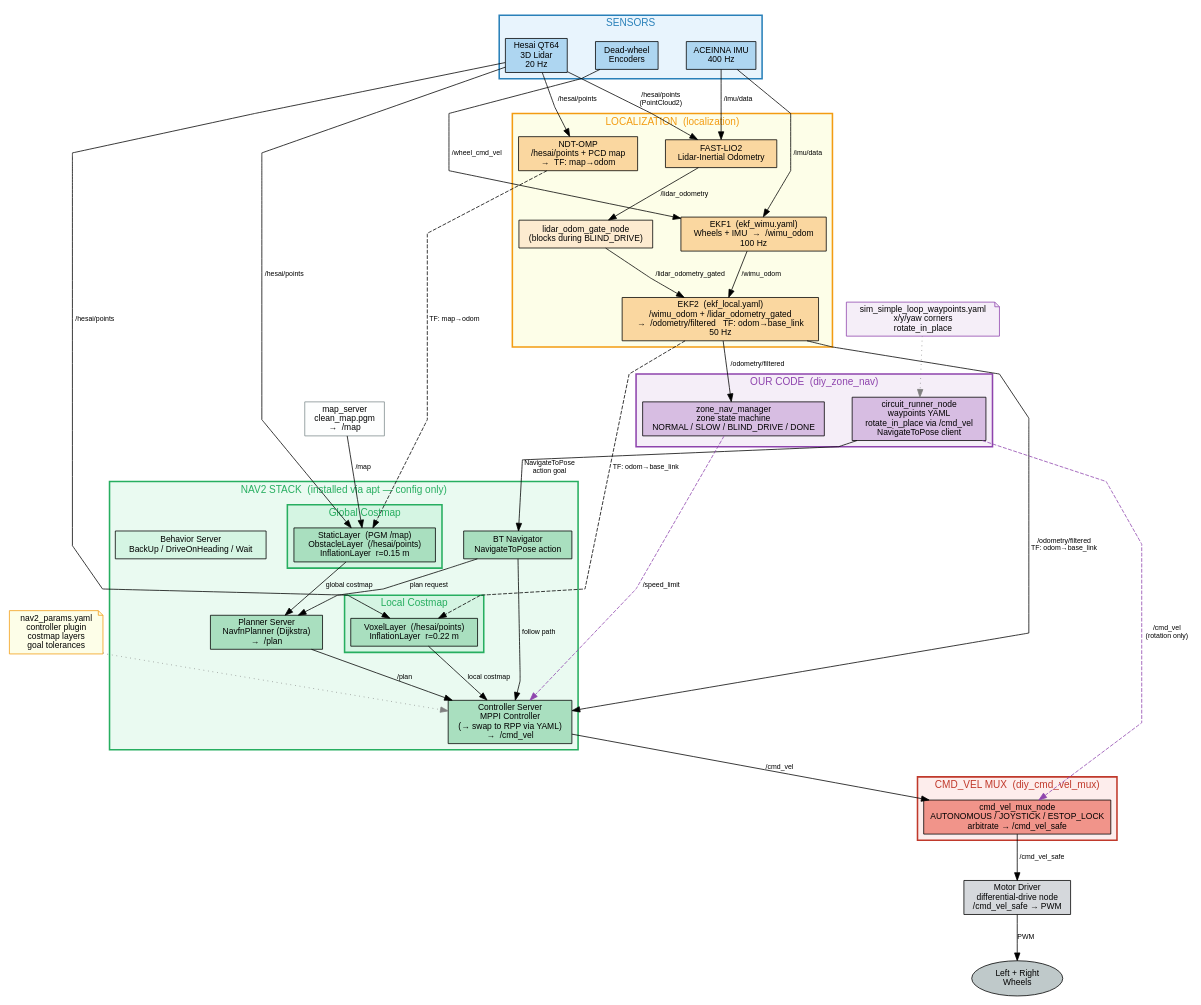
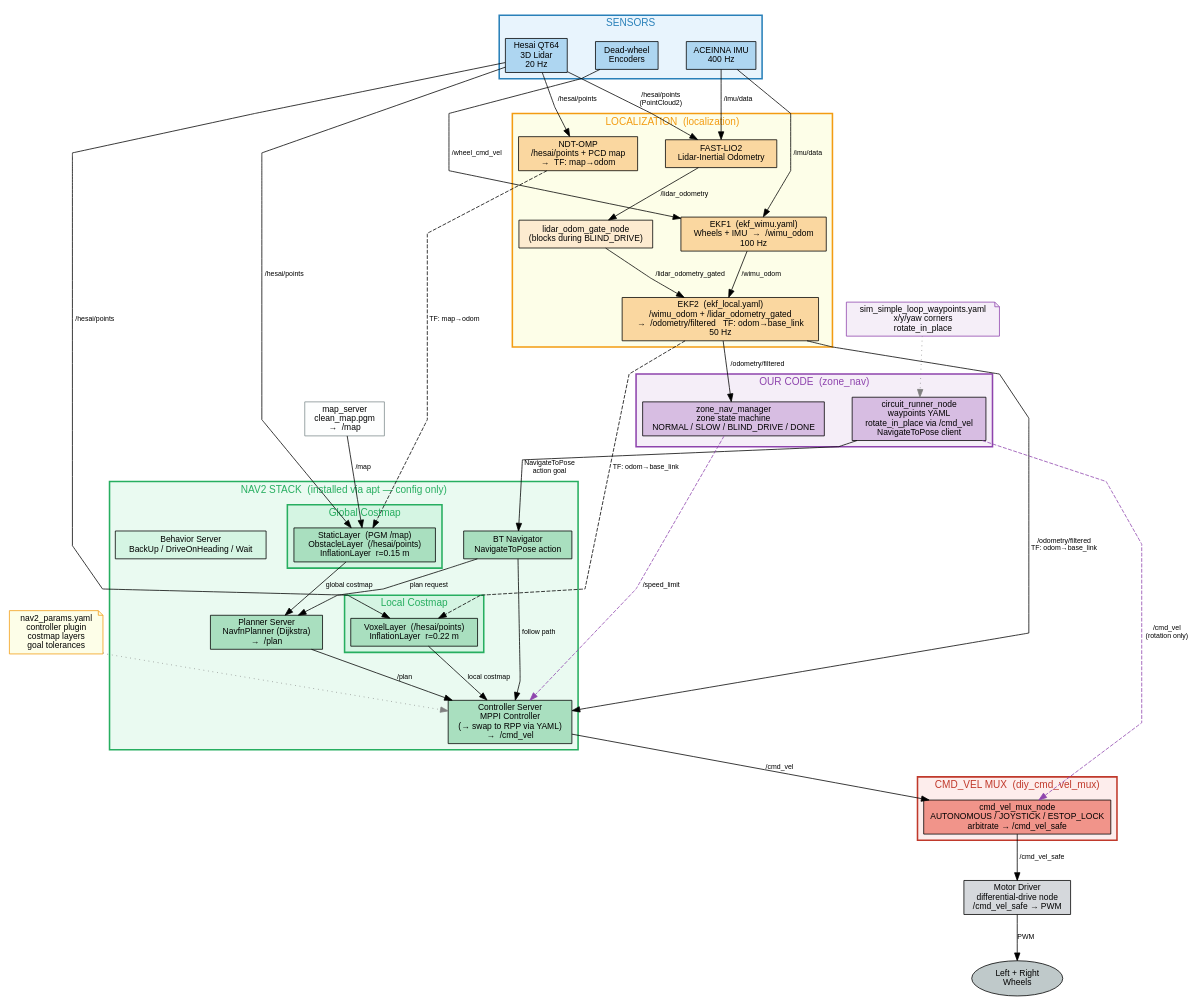
The diagram in docs/system_workflow.dot (Betsybots/DIY-Challenge-Repo), drawn with Graphviz before and after one commit. The commit also changed 54 other files, not shown here.

```diff
--- a/docs/system_workflow.dot
+++ b/docs/system_workflow.dot
@@ -1,140 +1,140 @@
 digraph DIYRobot {
     rankdir=TB
     compound=true
     splines=polyline
     nodesep=0.5
     ranksep=0.7
     fontname="Helvetica"
     node [fontname="Helvetica" fontsize=11]
     edge [fontname="Helvetica" fontsize=9]
 
     // ── SENSORS ─────────────────────────────────────────────────────────────
     subgraph cluster_sensors {
         label="SENSORS"
         style=filled fillcolor="#E8F4FD" color="#2980B9" penwidth=2
         fontsize=13 fontcolor="#2980B9"
 
         hesai   [label="Hesai QT64\n3D Lidar\n20 Hz"      shape=box style=filled fillcolor="#AED6F1"]
         imu     [label="ACEINNA IMU\n400 Hz"               shape=box style=filled fillcolor="#AED6F1"]
         wheels  [label="Dead-wheel\nEncoders"              shape=box style=filled fillcolor="#AED6F1"]
     }
 
     // ── LOCALIZATION ─────────────────────────────────────────────────────────
     subgraph cluster_loc {
         label="LOCALIZATION  (localization)"
         style=filled fillcolor="#FDFEE8" color="#F39C12" penwidth=2
         fontsize=13 fontcolor="#F39C12"
 
         fastlio [label="FAST-LIO2\nLidar-Inertial Odometry"  shape=box style=filled fillcolor="#FAD7A0"]
         ekf1    [label="EKF1  (ekf_wimu.yaml)\nWheels + IMU  →  /wimu_odom\n100 Hz"      shape=box style=filled fillcolor="#FAD7A0"]
         ekf2    [label="EKF2  (ekf_local.yaml)\n/wimu_odom + /lidar_odometry_gated\n→  /odometry/filtered   TF: odom→base_link\n50 Hz" shape=box style=filled fillcolor="#FAD7A0"]
         ndt     [label="NDT-OMP\n/hesai/points + PCD map\n→  TF: map→odom"               shape=box style=filled fillcolor="#FAD7A0"]
         gate    [label="lidar_odom_gate_node\n(blocks during BLIND_DRIVE)"                shape=box style=filled fillcolor="#FDEBD0"]
     }
 
     // ── NAV2 ─────────────────────────────────────────────────────────────────
     subgraph cluster_nav2 {
         label="NAV2 STACK  (installed via apt — config only)"
         style=filled fillcolor="#EAFAF1" color="#27AE60" penwidth=2
         fontsize=13 fontcolor="#27AE60"
 
         subgraph cluster_gcm {
             label="Global Costmap"
             style=filled fillcolor="#D5F5E3" color="#27AE60"
             gcm [label="StaticLayer  (PGM /map)\nObstacleLayer  (/hesai/points)\nInflationLayer  r=0.15 m" shape=box style=filled fillcolor="#A9DFBF"]
         }
         subgraph cluster_lcm {
             label="Local Costmap"
             style=filled fillcolor="#D5F5E3" color="#27AE60"
             lcm [label="VoxelLayer  (/hesai/points)\nInflationLayer  r=0.22 m" shape=box style=filled fillcolor="#A9DFBF"]
         }
 
         planner    [label="Planner Server\nNavfnPlanner (Dijkstra)\n→  /plan"            shape=box style=filled fillcolor="#A9DFBF"]
         controller [label="Controller Server\nMPPI Controller\n(→ swap to RPP via YAML)\n→  /cmd_vel"  shape=box style=filled fillcolor="#A9DFBF"]
         bt         [label="BT Navigator\nNavigateToPose action"                           shape=box style=filled fillcolor="#A9DFBF"]
         behaviors  [label="Behavior Server\nBackUp / DriveOnHeading / Wait"               shape=box style=filled fillcolor="#D5F5E3"]
     }
 
     // ── OUR CODE ─────────────────────────────────────────────────────────────
     subgraph cluster_ours {
-        label="OUR CODE  (diy_zone_nav)"
+        label="OUR CODE  (zone_nav)"
         style=filled fillcolor="#F5EEF8" color="#8E44AD" penwidth=2
         fontsize=13 fontcolor="#8E44AD"
 
         circuit [label="circuit_runner_node\nwaypoints YAML\nrotate_in_place via /cmd_vel\nNavigateToPose client" shape=box style=filled fillcolor="#D7BDE2"]
         zone    [label="zone_nav_manager\nzone state machine\nNORMAL / SLOW / BLIND_DRIVE / DONE"                  shape=box style=filled fillcolor="#D7BDE2"]
     }
 
     // ── CMD_VEL MUX ──────────────────────────────────────────────────────────
     subgraph cluster_mux {
         label="CMD_VEL MUX  (diy_cmd_vel_mux)"
         style=filled fillcolor="#FDEDEC" color="#C0392B" penwidth=2
         fontsize=13 fontcolor="#C0392B"
 
         mux [label="cmd_vel_mux_node\nAUTONOMOUS / JOYSTICK / ESTOP_LOCK\narbitrate → /cmd_vel_safe" shape=box style=filled fillcolor="#F1948A"]
     }
 
     // ── MOTOR DRIVER ─────────────────────────────────────────────────────────
     motor [label="Motor Driver\ndifferential-drive node\n/cmd_vel_safe → PWM"  shape=box style=filled fillcolor="#D5D8DC"]
     wheels_hw [label="Left + Right\nWheels"  shape=ellipse style=filled fillcolor="#BFC9CA"]
 
     // ── MAP SERVER ───────────────────────────────────────────────────────────
     mapserver [label="map_server\nclean_map.pgm\n→  /map"  shape=box style=filled fillcolor="#FDFEFE" color="#7F8C8D"]
 
     // ══ EDGES ════════════════════════════════════════════════════════════════
 
     // Sensor → FAST-LIO2
     hesai -> fastlio [label="/hesai/points\n(PointCloud2)"]
     imu   -> fastlio [label="/imu/data"]
     imu   -> ekf1    [label="/imu/data"]
     wheels -> ekf1   [label="/wheel_cmd_vel"]
 
     // FAST-LIO2 → gate → EKF2
     fastlio -> gate   [label="/lidar_odometry"]
     gate    -> ekf2   [label="/lidar_odometry_gated"]
     ekf1    -> ekf2   [label="/wimu_odom"]
 
     // NDT-OMP
     hesai -> ndt      [label="/hesai/points"]
     ndt   -> gcm      [label="TF: map→odom" style=dashed]
 
     // Map server
     mapserver -> gcm  [label="/map"]
 
     // Costmaps
     hesai -> gcm      [label="/hesai/points"]
     hesai -> lcm      [label="/hesai/points"]
 
     // EKF2 → Nav2
     ekf2 -> controller [label="/odometry/filtered\nTF: odom→base_link"]
     ekf2 -> lcm        [label="TF: odom→base_link" style=dashed]
 
     // Nav2 internal
     gcm        -> planner    [label="global costmap"]
     lcm        -> controller [label="local costmap"]
     planner    -> controller [label="/plan"]
     bt         -> planner    [label="plan request"]
     bt         -> controller [label="follow path"]
 
     // circuit_runner → BT
     circuit -> bt    [label="NavigateToPose\naction goal"]
     circuit -> mux   [label="/cmd_vel\n(rotation only)" style=dashed color="#8E44AD"]
 
     // zone_nav
     zone -> controller [label="/speed_limit" style=dashed color="#8E44AD"]
     ekf2 -> zone       [label="/odometry/filtered"]
 
     // Controller → mux
     controller -> mux [label="/cmd_vel"]
 
     // Mux → motor
     mux   -> motor     [label="/cmd_vel_safe"]
     motor -> wheels_hw [label="PWM"]
 
     // Config files (notes)
     nav2cfg  [label="nav2_params.yaml\ncontroller plugin\ncostmap layers\ngoal tolerances" shape=note style=filled fillcolor="#FDFEE8" color="#F39C12"]
     wpcfg    [label="sim_simple_loop_waypoints.yaml\nx/y/yaw corners\nrotate_in_place" shape=note style=filled fillcolor="#F5EEF8" color="#8E44AD"]
 
     nav2cfg -> controller [style=dotted color=gray]
     wpcfg   -> circuit    [style=dotted color=gray]
 }
```
